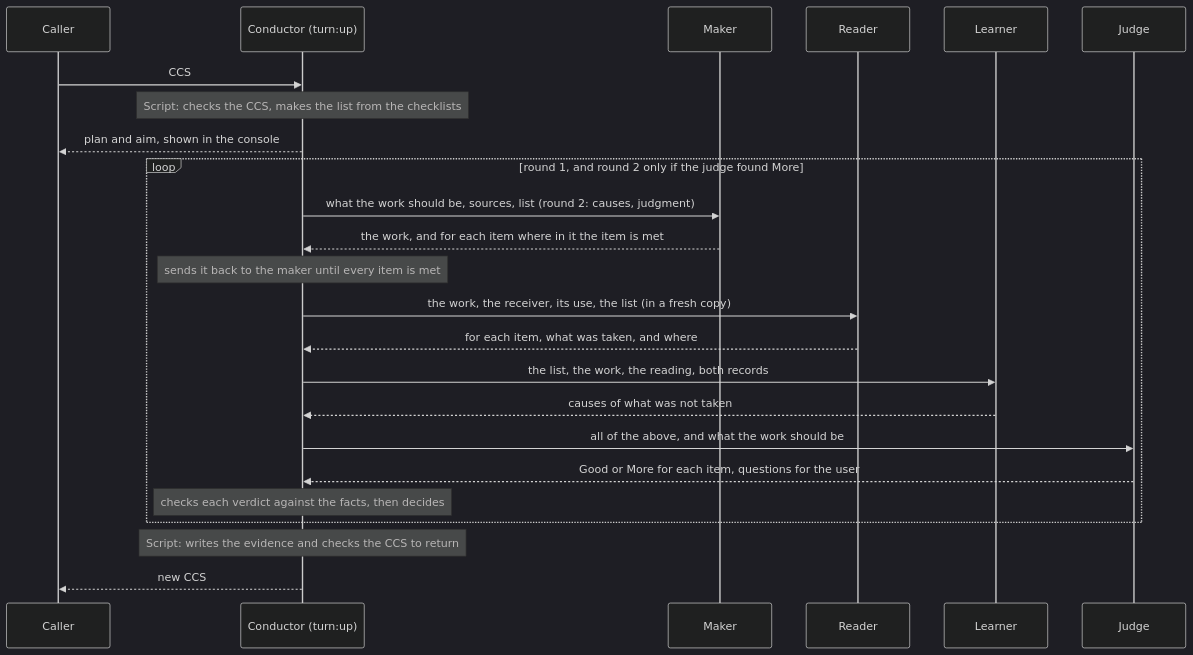
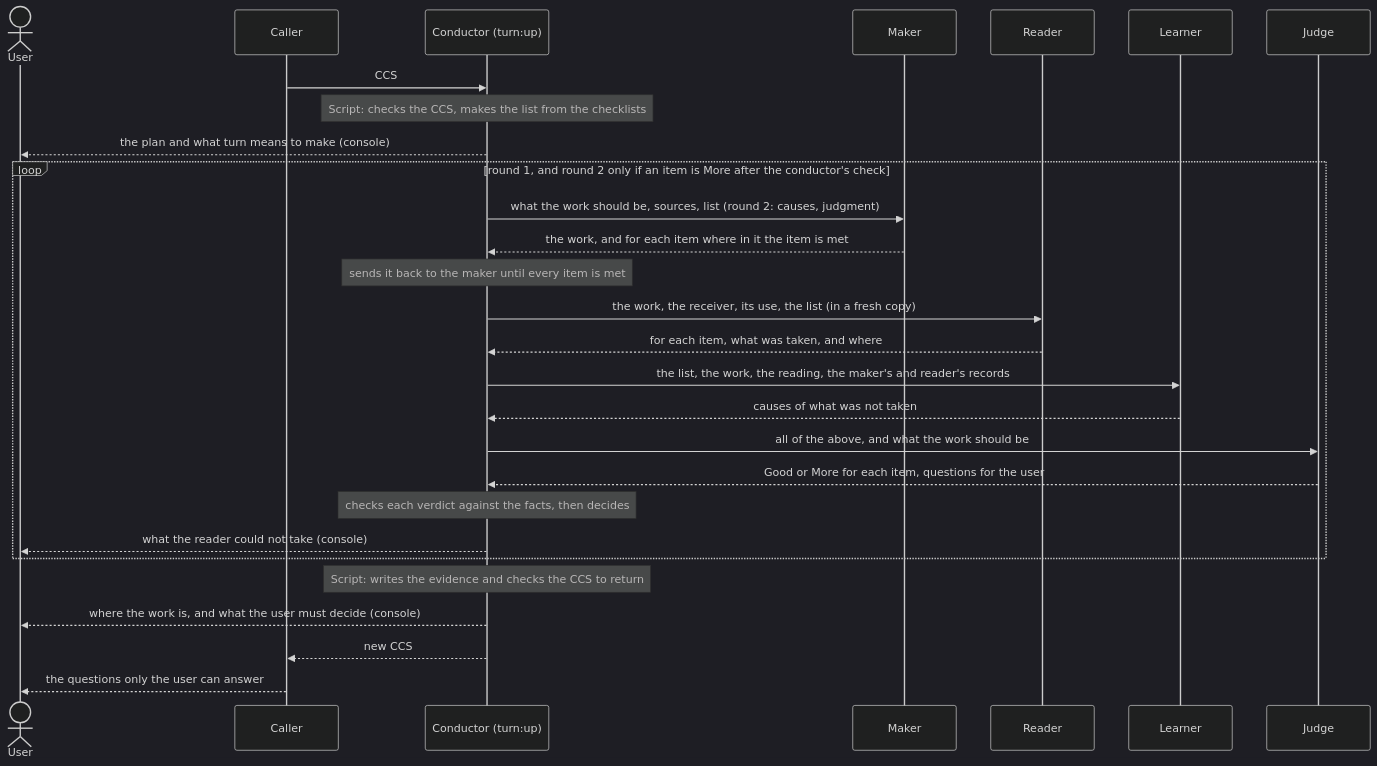
Before and after one commit to lovaizu/ccpm: the diagram in dev/turn/design.md, drawn with Mermaid (dark theme). The commit also changed other lines of this file and 1 other file, not shown here.

First line of the commit message:
turn: README and design made to meet every checklist item, checked by the conductor

````diff
--- a/dev/turn/design.md
+++ b/dev/turn/design.md
@@ -126,26 +142,30 @@
 ```mermaid
 sequenceDiagram
+  actor U as User
   participant C as Caller
   participant O as Conductor (turn:up)
   participant M as Maker
   participant R as Reader
   participant L as Learner
   participant J as Judge
   C->>O: CCS
   Note over O: Script: checks the CCS, makes the list from the checklists
-  O-->>C: plan and aim, shown in the console
-  loop round 1, and round 2 only if the judge found More
+  O-->>U: the plan and what turn means to make (console)
+  loop round 1, and round 2 only if an item is More after the conductor's check
     O->>M: what the work should be, sources, list (round 2: causes, judgment)
     M-->>O: the work, and for each item where in it the item is met
     Note over O: sends it back to the maker until every item is met
     O->>R: the work, the receiver, its use, the list (in a fresh copy)
     R-->>O: for each item, what was taken, and where
-    O->>L: the list, the work, the reading, both records
+    O->>L: the list, the work, the reading, the maker's and reader's records
     L-->>O: causes of what was not taken
     O->>J: all of the above, and what the work should be
     J-->>O: Good or More for each item, questions for the user
     Note over O: checks each verdict against the facts, then decides
+    O-->>U: what the reader could not take (console)
   end
   Note over O: Script: writes the evidence and checks the CCS to return
+  O-->>U: where the work is, and what the user must decide (console)
   O-->>C: new CCS
+  C-->>U: the questions only the user can answer
 ```
````
